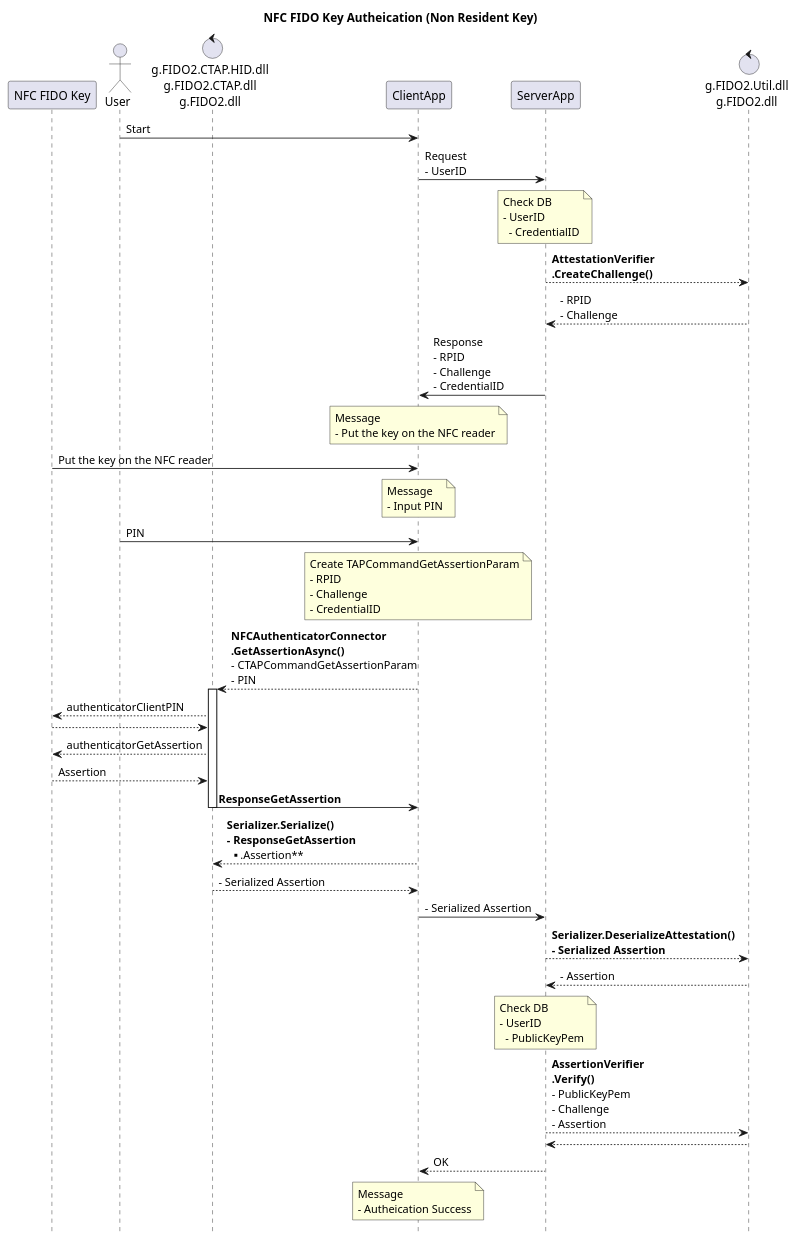
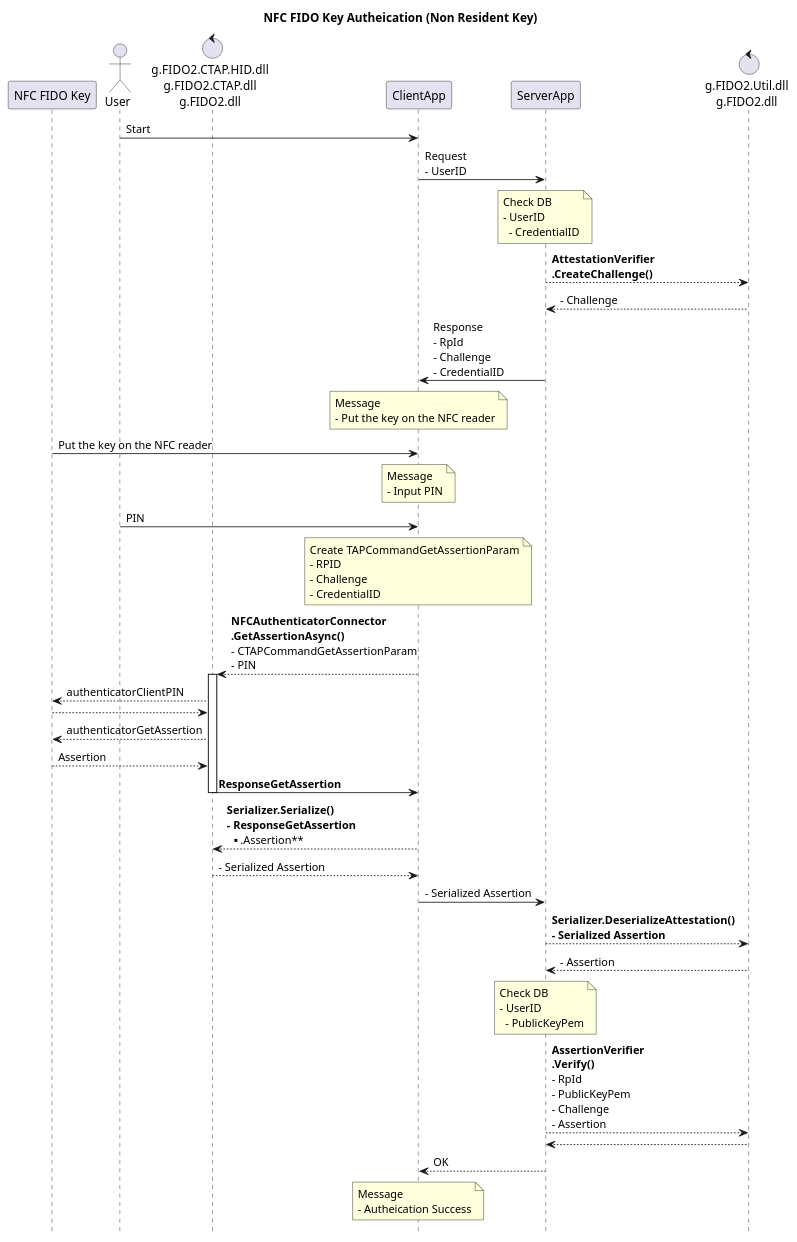
One commit to gebogebogebo/CTAPcs changed the diagram in pu/NFC_FIDO_Key_Autheication.pu. Above: the diagram before and after it, drawn with PlantUML. The commit also changed 8 other files, not shown here.

```diff
--- a/pu/NFC_FIDO_Key_Autheication.pu
+++ b/pu/NFC_FIDO_Key_Autheication.pu
@@ -1,54 +1,54 @@
 @startuml
 title NFC FIDO Key Autheication (Non Resident Key)
 hide footbox
 
 participant "NFC FIDO Key" as Key
 actor  "User" as User
 control "g.FIDO2.CTAP.HID.dll\ng.FIDO2.CTAP.dll\ng.FIDO2.dll" as CTAPHID
 participant "ClientApp" as Client
 participant "ServerApp" as Server
 control "g.FIDO2.Util.dll\ng.FIDO2.dll" as Util
 
 User -> Client : Start
 Client -> Server : Request\n- UserID
 note over Server : Check DB\n- UserID\n  - CredentialID
 
 Server --> Util : **AttestationVerifier**\n**.CreateChallenge()**
-Server <-- Util : - RPID\n- Challenge
-Client <- Server : Response\n- RPID\n- Challenge\n- CredentialID
+Server <-- Util : - Challenge
+Client <- Server : Response\n- RpId\n- Challenge\n- CredentialID
 
 note over Client : Message\n- Put the key on the NFC reader
 Key -> Client : Put the key on the NFC reader
 
 note over Client : Message\n- Input PIN
 User -> Client : PIN
 
 note over Client : Create \CTAPCommandGetAssertionParam\n- RPID\n- Challenge\n- CredentialID
 
 CTAPHID <-- Client : **NFCAuthenticatorConnector**\n**.GetAssertionAsync()**\n- CTAPCommandGetAssertionParam\n- PIN
 
 activate CTAPHID
     Key <-- CTAPHID : authenticatorClientPIN
     Key --> CTAPHID
     Key <-- CTAPHID : authenticatorGetAssertion
     Key --> CTAPHID : Assertion
     CTAPHID -> Client : **ResponseGetAssertion**
 deactivate CTAPHID
 
 CTAPHID <-- Client : **Serializer.Serialize()**\n**- ResponseGetAssertion**\n**  .Assertion**
 CTAPHID --> Client :- Serialized Assertion
 
 Client -> Server :- Serialized Assertion
 
 Server --> Util : **Serializer.DeserializeAttestation()**\n**- Serialized Assertion**
 Server <-- Util : - Assertion
 
 note over Server : Check DB\n- UserID\n  - PublicKeyPem
-Server --> Util : **AssertionVerifier**\n**.Verify()**\n- PublicKeyPem\n- Challenge\n- Assertion
+Server --> Util : **AssertionVerifier**\n**.Verify()**\n- RpId\n- PublicKeyPem\n- Challenge\n- Assertion
 Server <-- Util 
 
 Client <-- Server : OK
 
 note over Client : Message\n- Autheication Success
 
 @enduml
```
